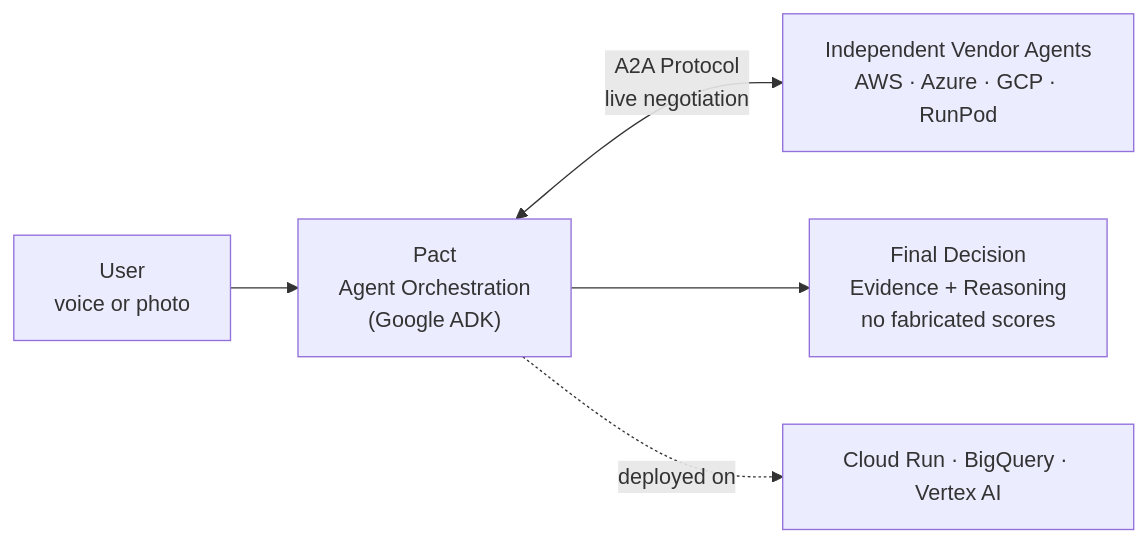
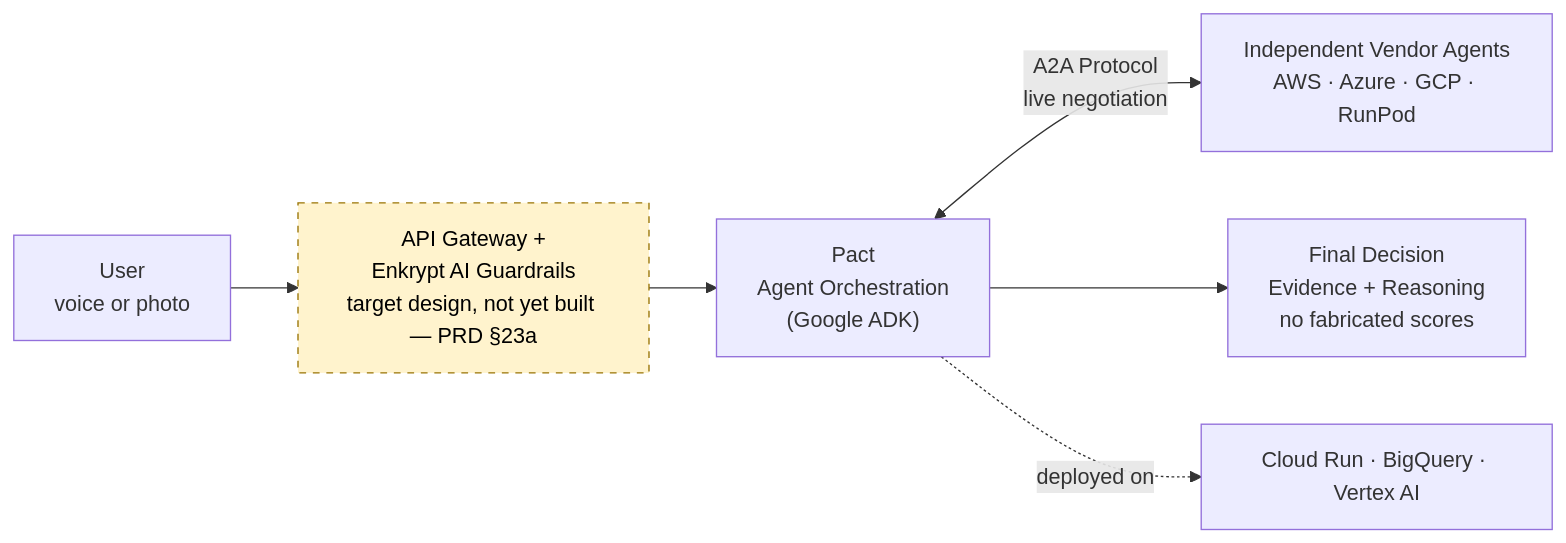
The first of 5 diagrams in docs/ARCHITECTURE.md (maha-rk/pact), drawn with Mermaid before and after one commit. The commit also changed other lines of this file and 1 other file, not shown here.

First line of the commit message:
Close Architecture Copilot's identified gaps: security, observability, prompts, traceability

````diff
--- a/docs/ARCHITECTURE.md
+++ b/docs/ARCHITECTURE.md
@@ -18,7 +18,11 @@
 ```mermaid
 flowchart LR
-    USER["User<br/>voice or photo"] --> ORCH["Pact<br/>Agent Orchestration<br/>(Google ADK)"]
+    USER["User<br/>voice or photo"] --> GATEWAY["API Gateway +<br/>Enkrypt AI Guardrails<br/>target design, not yet built — PRD §23a"]
+    GATEWAY --> ORCH["Pact<br/>Agent Orchestration<br/>(Google ADK)"]
     ORCH <-->|A2A Protocol<br/>live negotiation| VENDORS["Independent Vendor Agents<br/>AWS · Azure · GCP · RunPod"]
     ORCH --> DECISION["Final Decision<br/>Evidence + Reasoning<br/>no fabricated scores"]
     ORCH -.->|deployed on| INFRA["Cloud Run · BigQuery · Vertex AI"]
+
+    classDef planned stroke-dasharray: 5 5,fill:#fff3cd,stroke:#997404,color:#000
+    class GATEWAY planned
 ```
````
